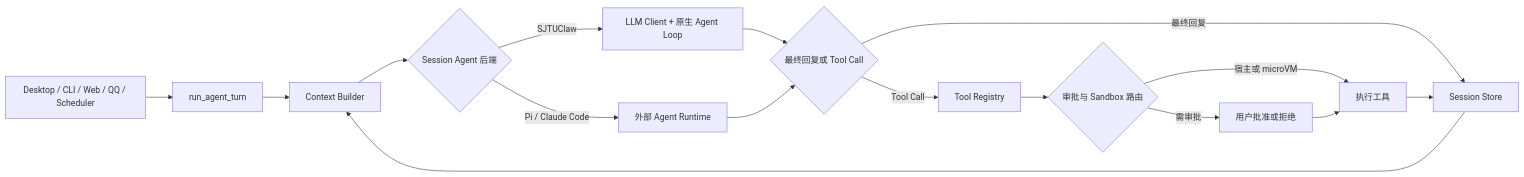
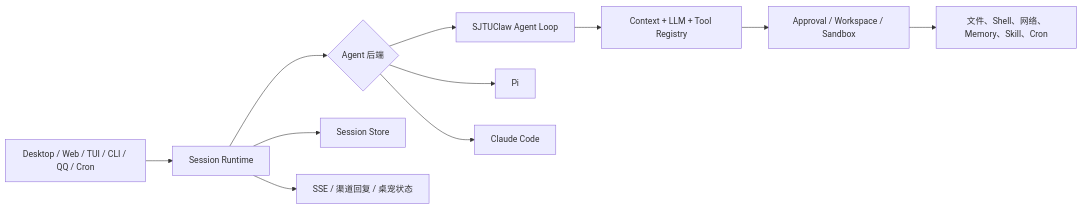
Before and after one commit to DOGOGOD/SJTUClaw: the diagram in 中期报告.md, drawn with Mermaid. The commit also changed other lines of this file and 82 other files, not shown here.

````diff
--- a/中期报告.md
+++ b/中期报告.md
@@ -73,18 +28,13 @@
 ```mermaid
 flowchart LR
-    A["Desktop / CLI / Web / QQ / Scheduler"] --> B["run_agent_turn"]
-    B --> C["Context Builder"]
-    C --> D{"Session Agent 后端"}
-    D -->|SJTUClaw| E["LLM Client + 原生 Agent Loop"]
-    D -->|Pi / Claude Code| P["外部 Agent Runtime"]
-    E --> F{"最终回复或 Tool Call"}
-    P --> F
-    F -->|最终回复| S["Session Store"]
-    F -->|Tool Call| G["Tool Registry"]
-    G --> H{"审批与 Sandbox 路由"}
-    H -->|需审批| I["用户批准或拒绝"]
-    H -->|宿主或 microVM| J["执行工具"]
-    I --> J
-    J --> S
-    S --> C
+    A["Desktop / Web / TUI / CLI / QQ / Cron"] --> B["Session Runtime"]
+    B --> C{"Agent 后端"}
+    C --> D["SJTUClaw Agent Loop"]
+    C --> E["Pi"]
+    C --> F["Claude Code"]
+    D --> G["Context + LLM + Tool Registry"]
+    G --> H["Approval / Workspace / Sandbox"]
+    H --> I["文件、Shell、网络、Memory、Skill、Cron"]
+    B --> J["Session Store"]
+    B --> K["SSE / 渠道回复 / 桌宠状态"]
 ```
````
